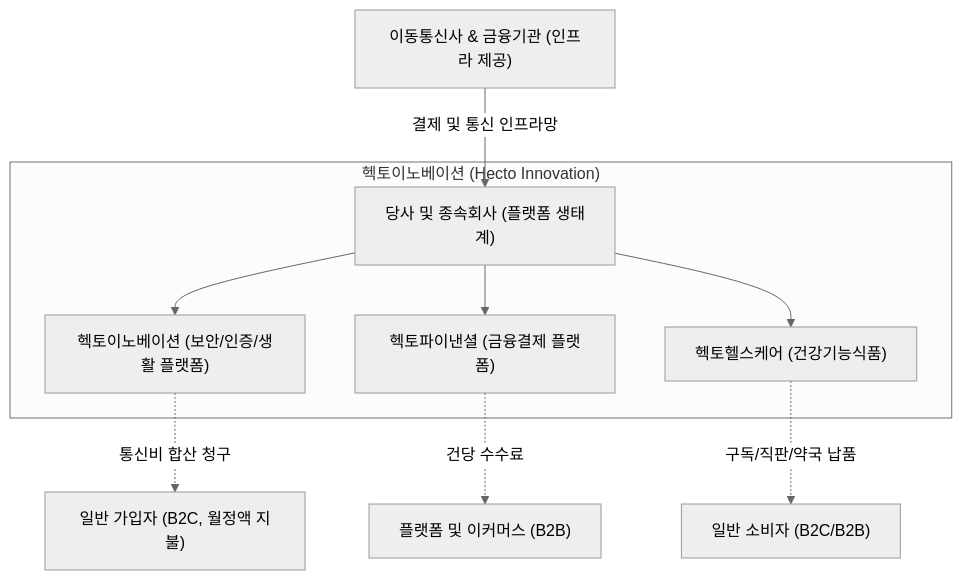
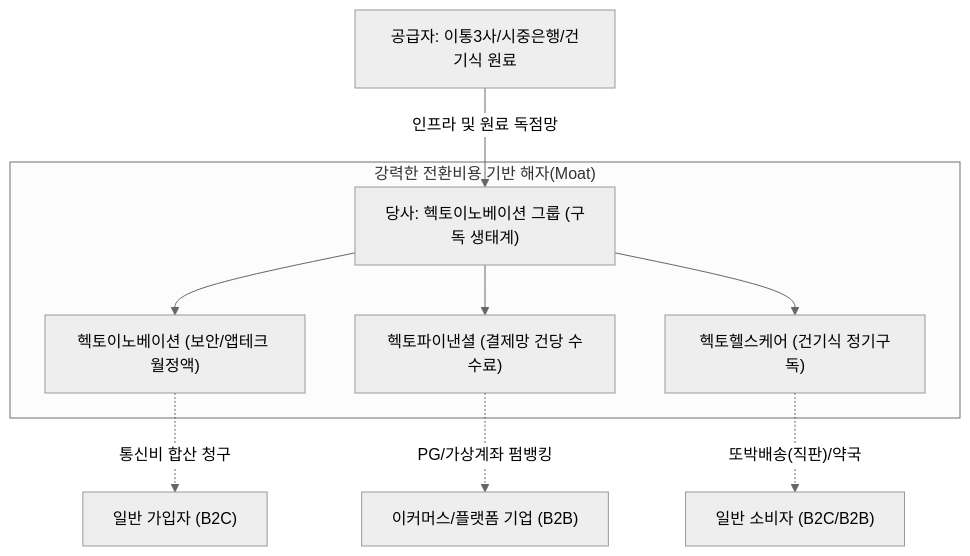
One commit to eve830521-cmd/my-skill changed the diagram in Stock_Research/헥토이노베이션/3_Final_Reports/Phase1_Report.md. Above: the diagram before and after it, drawn with Mermaid (neutral theme). The commit also changed other lines of this file and 120 other files, not shown here.

Commit message:
feat: Update Korean Stock Analyzer skill, stock research reports, and timelines

````diff
--- a/Stock_Research/헥토이노베이션/3_Final_Reports/Phase1_Report.md
+++ b/Stock_Research/헥토이노베이션/3_Final_Reports/Phase1_Report.md
@@ -6,14 +13,14 @@
 ```mermaid
 graph TD
-    A["이동통신사 & 금융기관 (인프라 제공)"] -->|"결제 및 통신 인프라망"| B["당사 및 종속회사 (플랫폼 생태계)"]
+    A["공급자: 이통3사/시중은행/건기식 원료"] -->|"인프라 및 원료 독점망"| B["당사: 헥토이노베이션 그룹 (구독 생태계)"]
     
-    subgraph "헥토이노베이션 (Hecto Innovation)"
-    B --> C["헥토이노베이션 (보안/인증/생활 플랫폼)"]
-    B --> D["헥토파이낸셜 (금융결제 플랫폼)"]
-    B --> E["헥토헬스케어 (건강기능식품)"]
+    subgraph "강력한 전환비용 기반 해자(Moat)"
+    B --> C["헥토이노베이션 (보안/앱테크 월정액)"]
+    B --> D["헥토파이낸셜 (결제망 건당 수수료)"]
+    B --> E["헥토헬스케어 (건기식 정기구독)"]
     end
     
-    C -. "통신비 합산 청구" .-> F["일반 가입자 (B2C, 월정액 지불)"]
-    D -. "건당 수수료" .-> G["플랫폼 및 이커머스 (B2B)"]
-    E -. "구독/직판/약국 납품" .-> H["일반 소비자 (B2C/B2B)"]
+    C -. "통신비 합산 청구" .-> F["일반 가입자 (B2C)"]
+    D -. "PG/가상계좌 펌뱅킹" .-> G["이커머스/플랫폼 기업 (B2B)"]
+    E -. "또박배송(직판)/약국" .-> H["일반 소비자 (B2C/B2B)"]
 ```
````
